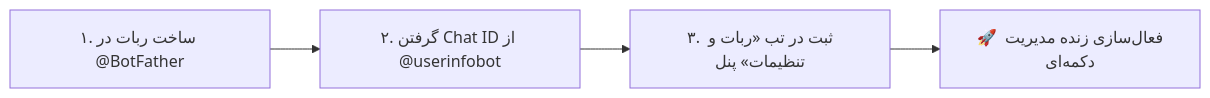
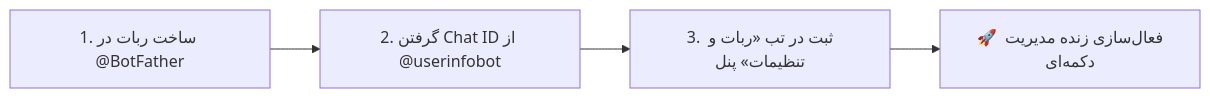
The first of 2 diagrams in README.md (gholamilaptop123-dot/nyx), drawn with Mermaid before and after one commit. The commit also changed other lines of this file, not shown here.

````diff
--- a/README.md
+++ b/README.md
@@ -255,6 +252,6 @@
 ```mermaid
 graph LR
-    A["۱. ساخت ربات در @BotFather"] --> B["۲. گرفتن Chat ID از @userinfobot"]
-    B --> C["۳. ثبت در تب «ربات و تنظیمات» پنل"]
+    A["1. ساخت ربات در @BotFather"] --> B["2. گرفتن Chat ID از @userinfobot"]
+    B --> C["3. ثبت در تب «ربات و تنظیمات» پنل"]
     C --> D["🚀 فعال‌سازی زنده مدیریت دکمه‌ای"]
 ```
````
